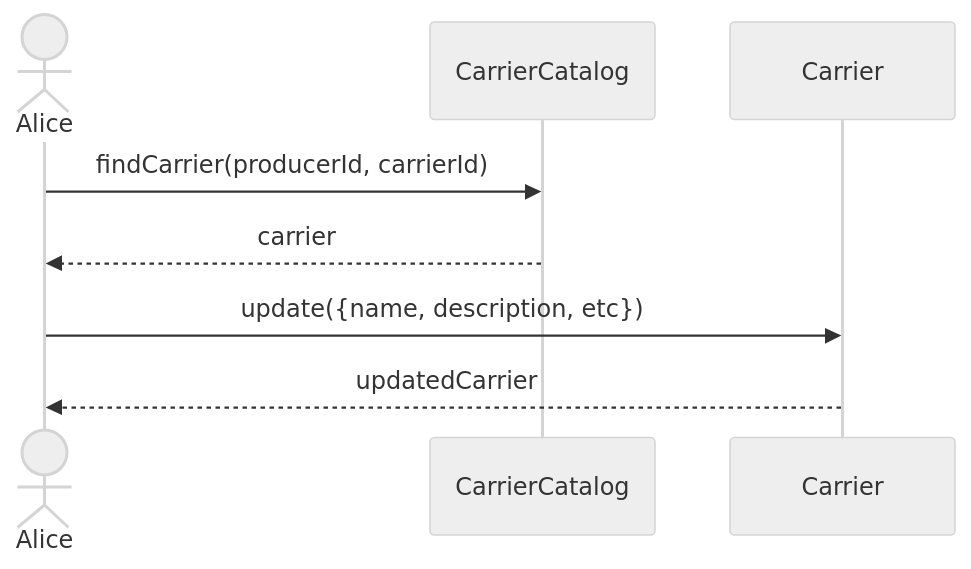
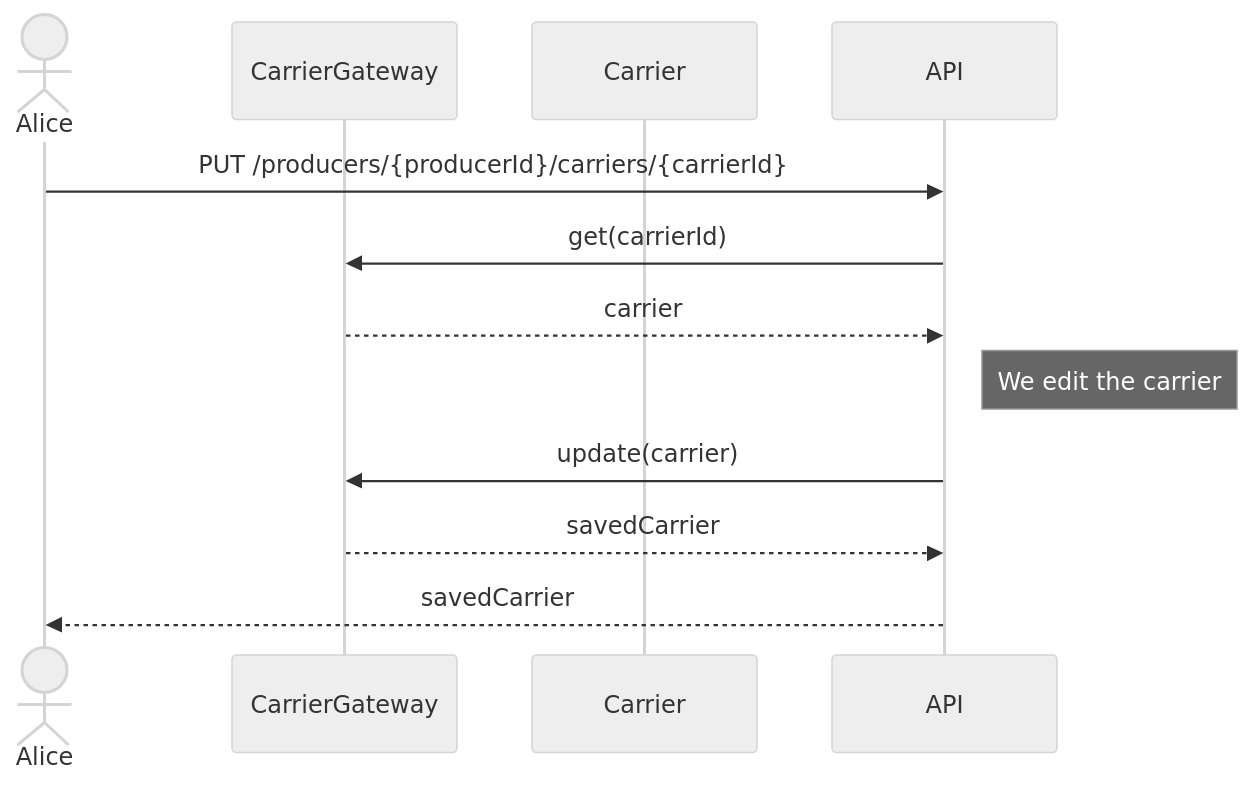
Diagram 29 of 32 in sequence.md (hivetown/planning), drawn with Mermaid (neutral theme) before and after one commit. The commit also changed other lines of this file, not shown here.

Commit message:
diagramas de sequência

````diff
--- a/sequence.md
+++ b/sequence.md
@@ -934,12 +957,18 @@
 ```mermaid
 sequenceDiagram
     actor A as Alice
-    participant CC as CarrierCatalog
+    participant CG as CarrierGateway
     participant C as Carrier
 
-    A ->> CC: findCarrier(producerId, carrierId)
-    CC -->> A: carrier
+    A ->> API: PUT /producers/{producerId}/carriers/{carrierId}
 
-    A ->> C: update({name, description, etc})
-    C -->> A: updatedCarrier
+    API ->> CG: get(carrierId)
+    CG -->> API: carrier
+
+    Note right of API: We edit the carrier
+
+    API ->> CG: update(carrier)
+    CG -->> API: savedCarrier
+
+    API -->> A: savedCarrier
 ```
````
